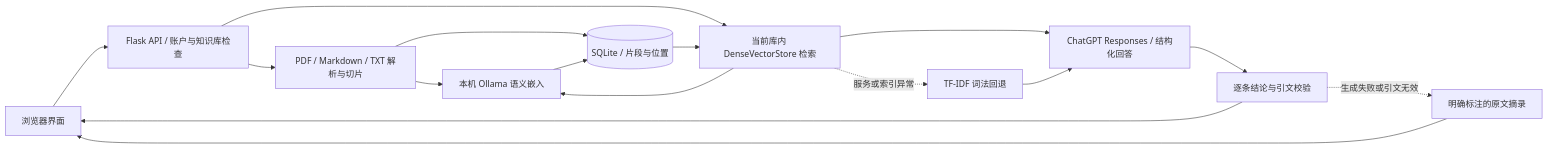
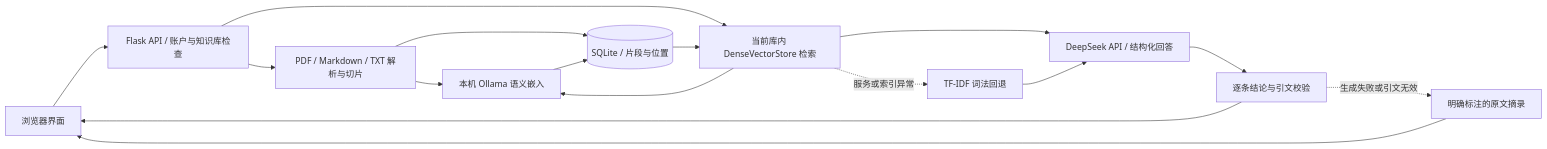
The diagram in docs/architecture.md (Cccchenzi/-), drawn with Mermaid before and after one commit. The commit also changed other lines of this file and 16 other files, not shown here.

First line of the commit message:
Switch default RAG generation to DeepSeek API

````diff
--- a/docs/architecture.md
+++ b/docs/architecture.md
@@ -7,18 +18,18 @@
 ```mermaid
 flowchart LR
     UI[浏览器界面] --> API[Flask API / 账户与知识库检查]
     API --> Parse[PDF / Markdown / TXT 解析与切片]
     Parse --> Embed[本机 Ollama 语义嵌入]
     Parse --> SQL[(SQLite / 片段与位置)]
     Embed --> SQL
     API --> Search[当前库内 DenseVectorStore 检索]
     Search --> Embed
     SQL --> Search
-    Search --> Generate[ChatGPT Responses / 结构化回答]
+    Search --> Generate[DeepSeek API / 结构化回答]
     Generate --> Validate[逐条结论与引文校验]
     Validate --> UI
     Search -. 服务或索引异常 .-> Lexical[TF-IDF 词法回退]
     Lexical --> Generate
     Validate -. 生成失败或引文无效 .-> Extract[明确标注的原文摘录]
     Extract --> UI
 ```
````
